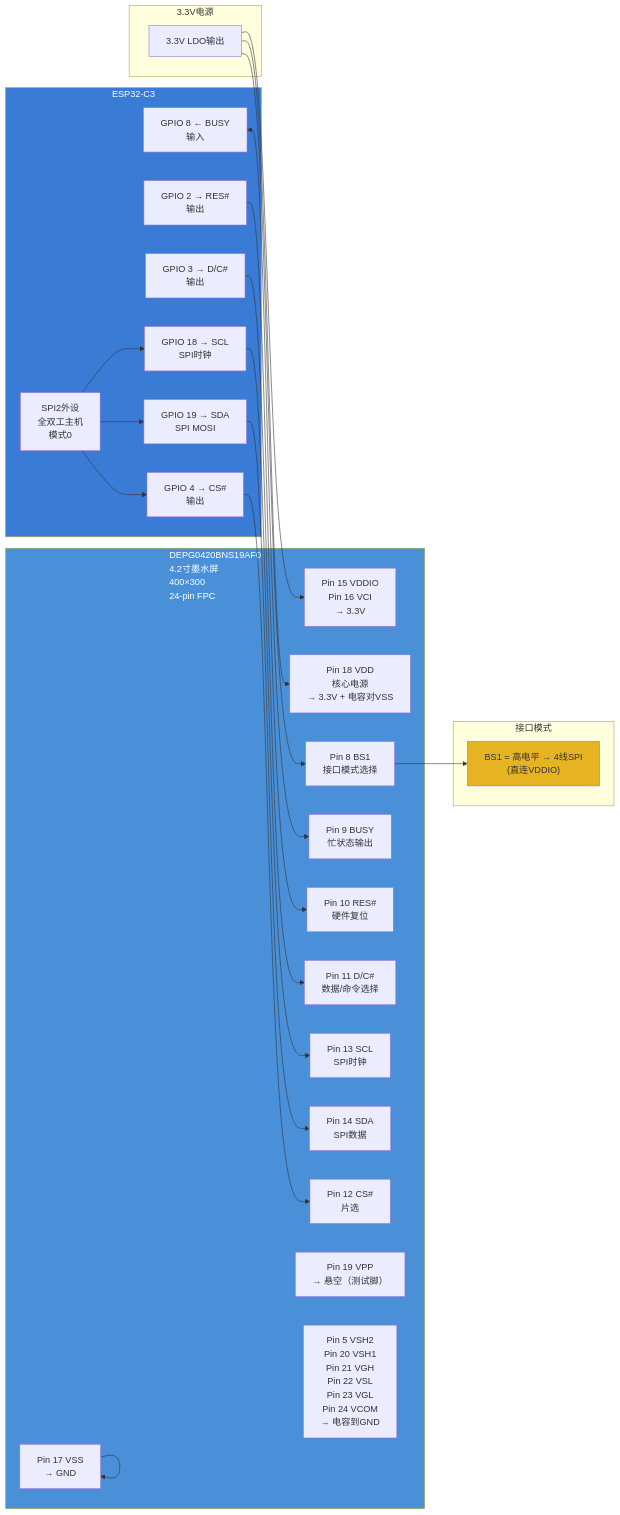
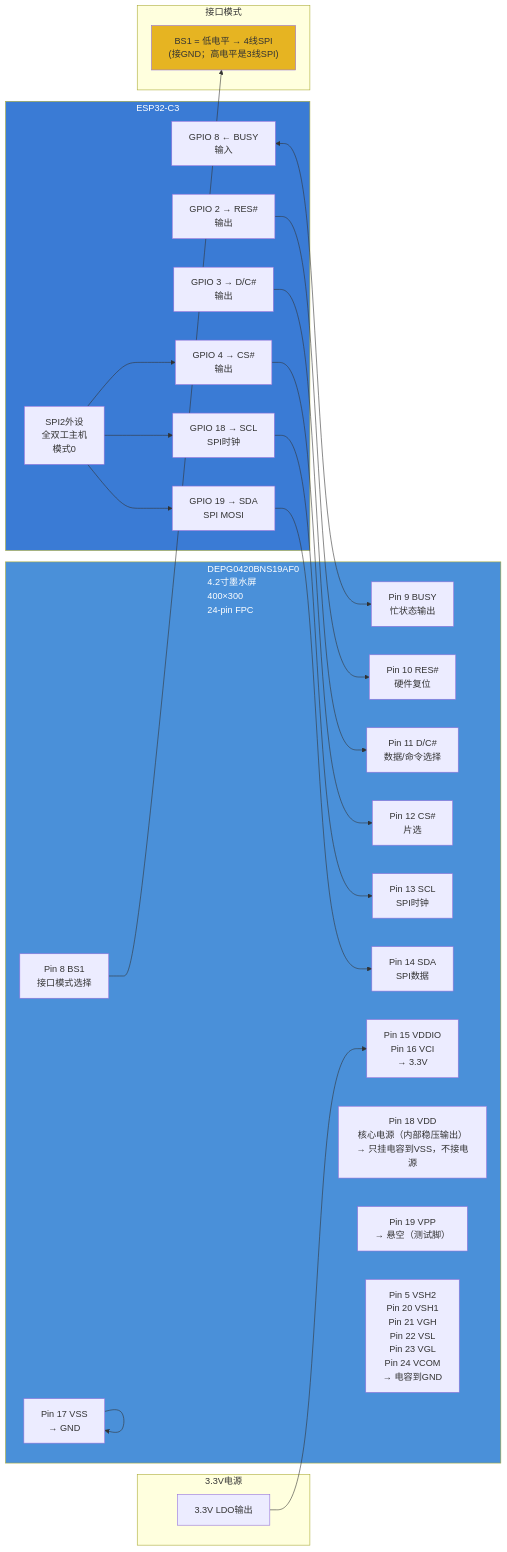
Before and after one commit to ji-or-ji/desk-ink: the diagram in docs/desk-eink-info/eink-arch.md, drawn with Mermaid. The commit also changed other lines of this file and 1 other file, not shown here.

Commit message:
docs: 按对账表落地修正（BS1 电平、VDD 接法、GDR/RESE 用途、时钟上限）

````diff
--- a/docs/desk-eink-info/eink-arch.md
+++ b/docs/desk-eink-info/eink-arch.md
@@ -24,8 +24,8 @@
 Pin 16 VCI
 → 3.3V"]
         VDD["Pin 18 VDD
-核心电源
-→ 3.3V + 电容对VSS"]
+核心电源（内部稳压输出）
+→ 只挂电容到VSS，不接电源"]
         GND_PIN["Pin 17 VSS
 → GND"]
         VPP["Pin 19 VPP
@@ -62,8 +62,8 @@
     end
 
     subgraph Mode["接口模式"]
-        BS1_HIGH["BS1 = 高电平 → 4线SPI
-(直连VDDIO)"]
+        BS1_LOW["BS1 = 低电平 → 4线SPI
+(接GND；高电平是3线SPI)"]
     end
 
     EINK_BUSY <--> BUSY
@@ -76,12 +76,10 @@
     SPI_PERIPH --> EINK_SDA
     SPI_PERIPH --> EINK_CS
     VCC33 --> PWR
-    VCC33 --> VDD
-    VCC33 --> BS1
-    BS1 --> BS1_HIGH
+    BS1 --> BS1_LOW
     GND_PIN --> GND_PIN
 
     style EINK fill:#4a90d9,color:#fff
     style ESP32 fill:#3a7bd5,color:#fff
-    style BS1_HIGH fill:#e6b422,color:#333
+    style BS1_LOW fill:#e6b422,color:#333
 ```
````
